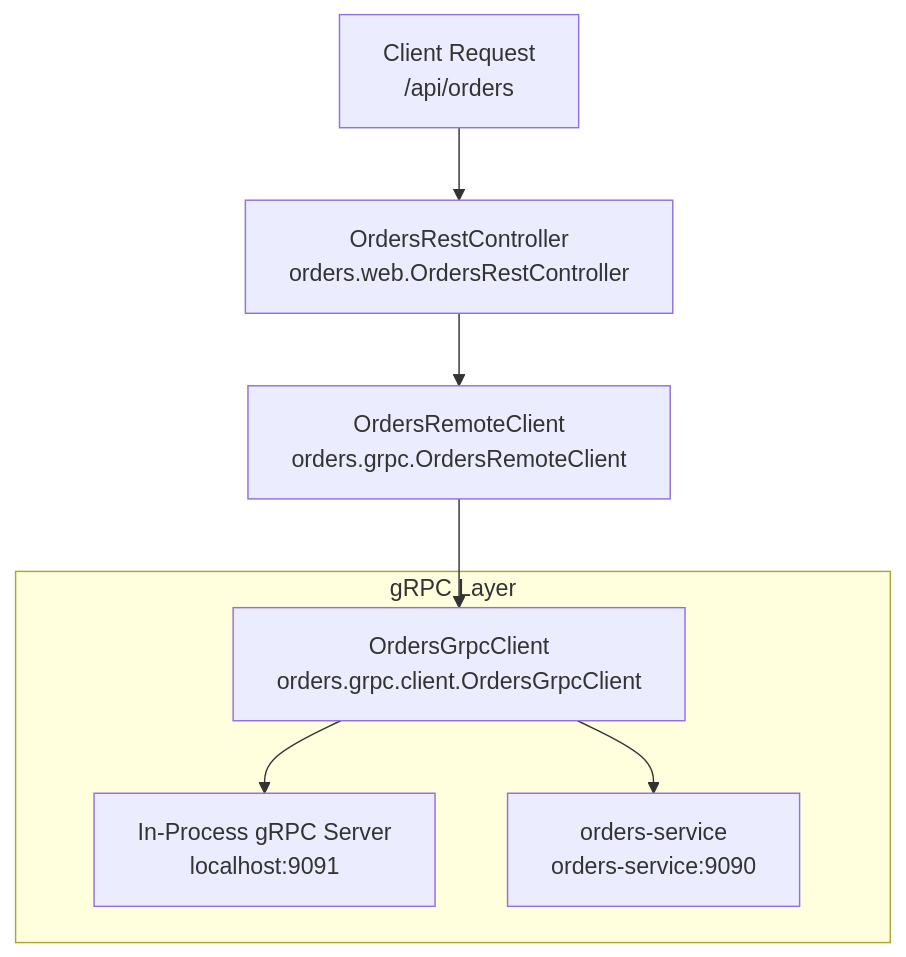
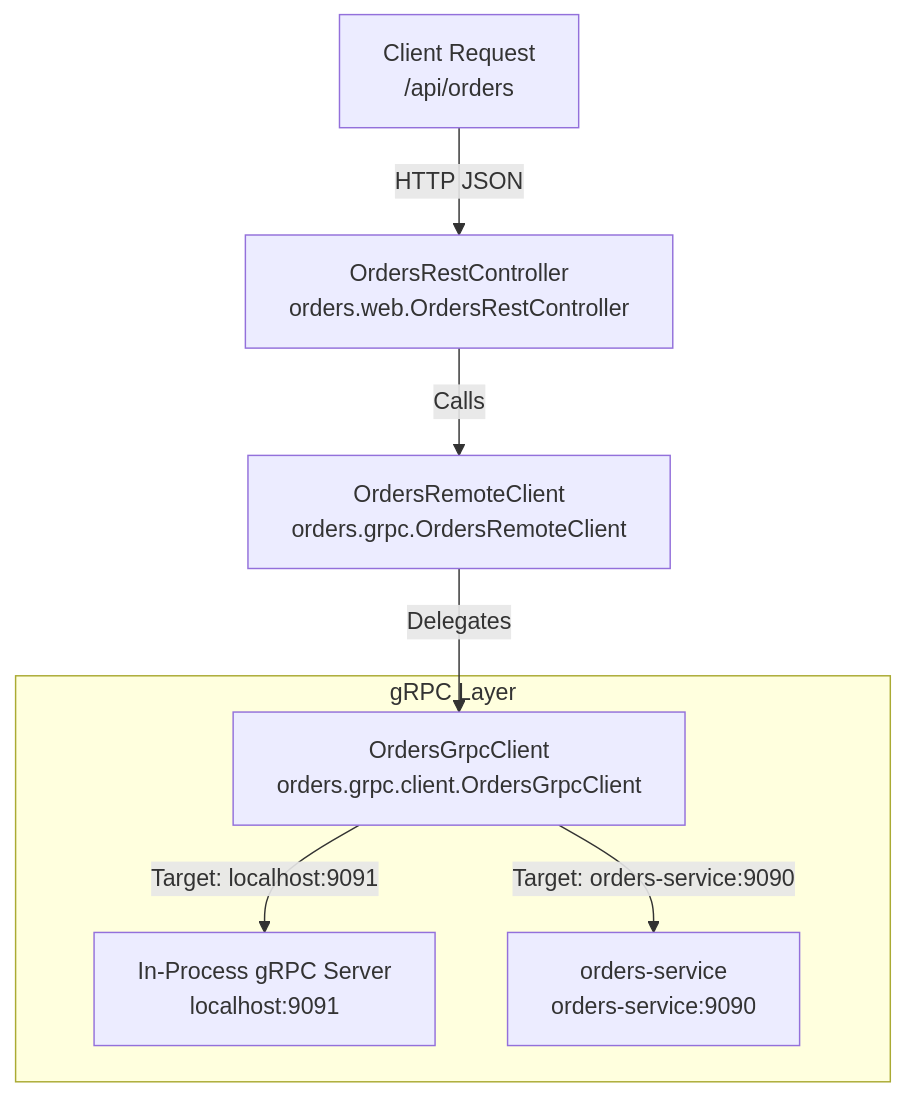
One commit to philipz/spring-modular-monolith changed the third of 3 diagrams in docs/deepwiki/REST-API-Endpoints.md. Above: the diagram before and after it, drawn with Mermaid. The commit also changed other lines of this file and 55 other files, not shown here.

````diff
--- a/docs/deepwiki/REST-API-Endpoints.md
+++ b/docs/deepwiki/REST-API-Endpoints.md
@@ -376,22 +376,22 @@
 ```mermaid
 flowchart TD
 
 Client["Client Request<br>/api/orders"]
 OrdersREST["OrdersRestController<br>orders.web.OrdersRestController"]
 RemoteClient["OrdersRemoteClient<br>orders.grpc.OrdersRemoteClient"]
 GrpcClient["OrdersGrpcClient<br>orders.grpc.client.OrdersGrpcClient"]
 MonolithGrpc["In-Process gRPC Server<br>localhost:9091"]
 ExtService["orders-service<br>orders-service:9090"]
 
-Client --> OrdersREST
-OrdersREST --> RemoteClient
-RemoteClient --> GrpcClient
+Client -->|"HTTP JSON"| OrdersREST
+OrdersREST -->|"Calls"| RemoteClient
+RemoteClient -->|"Delegates"| GrpcClient
 
 subgraph subGraph0 ["gRPC Layer"]
     GrpcClient
     MonolithGrpc
     ExtService
-    GrpcClient --> MonolithGrpc
-    GrpcClient --> ExtService
+    GrpcClient -->|"Target: localhost:9091"| MonolithGrpc
+    GrpcClient -->|"Target: orders-service:9090"| ExtService
 end
 ```
````
